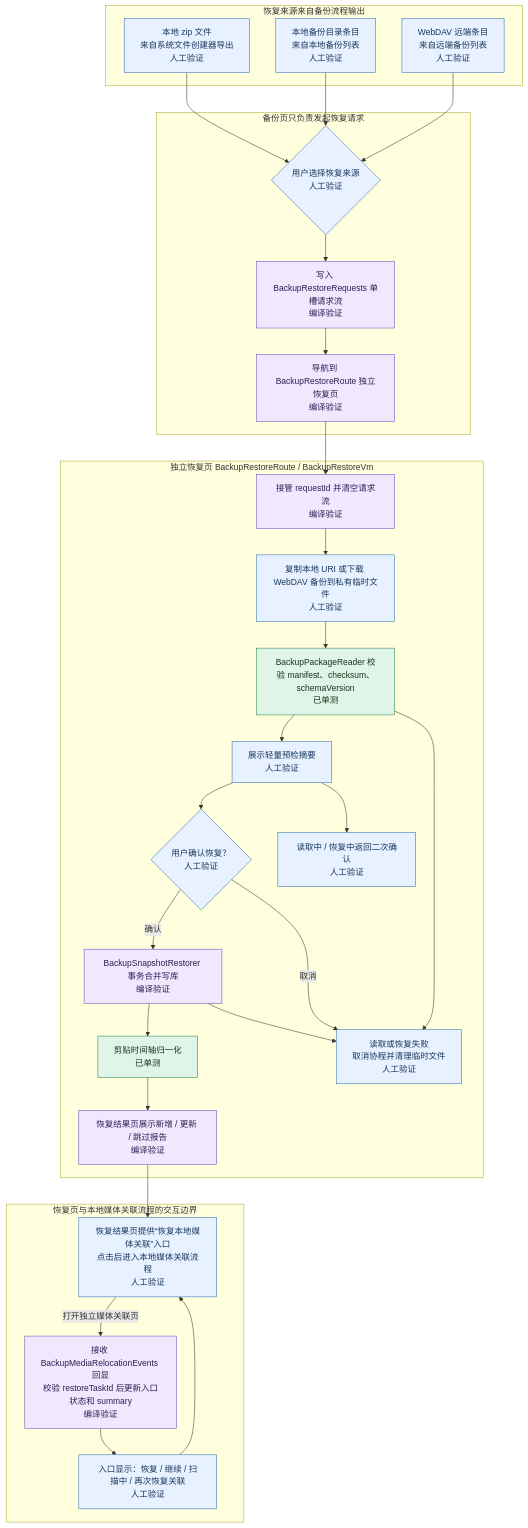
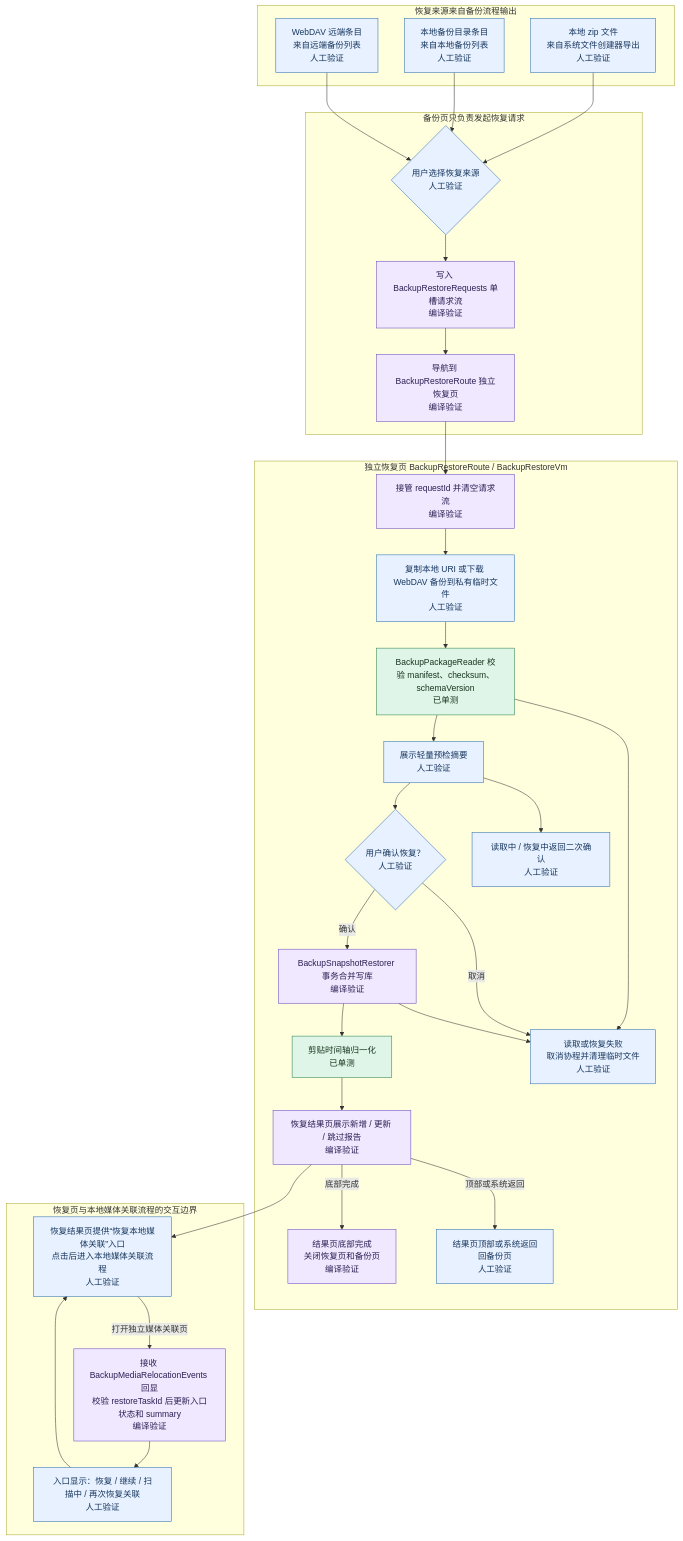
One commit to lwcla/ClipMaster changed the second of 3 diagrams in docs/webdav_backup_plan.md. Above: the diagram before and after it, drawn with Mermaid. The commit also changed other lines of this file and 9 other files, not shown here.

````diff
--- a/docs/webdav_backup_plan.md
+++ b/docs/webdav_backup_plan.md
@@ -138,61 +138,65 @@
 ```mermaid
 %% title: 恢复流程
 flowchart TD
   subgraph RestoreSources["恢复来源来自备份流程输出"]
     SourceFile["本地 zip 文件<br/>来自系统文件创建器导出<br/>人工验证"]:::manual
     SourceLocal["本地备份目录条目<br/>来自本地备份列表<br/>人工验证"]:::manual
     SourceRemote["WebDAV 远端条目<br/>来自远端备份列表<br/>人工验证"]:::manual
   end
 
   subgraph BackupPageRestore["备份页只负责发起恢复请求"]
     ChooseRestore{"用户选择恢复来源<br/>人工验证"}:::manual
     RestoreRequest["写入 BackupRestoreRequests 单槽请求流<br/>编译验证"]:::compile
     NavRestore["导航到 BackupRestoreRoute 独立恢复页<br/>编译验证"]:::compile
   end
 
   subgraph RestorePage["独立恢复页 BackupRestoreRoute / BackupRestoreVm"]
     ClaimRequest["接管 requestId 并清空请求流<br/>编译验证"]:::compile
     CopyTemp["复制本地 URI 或下载 WebDAV 备份到私有临时文件<br/>人工验证"]:::manual
     Preview["BackupPackageReader 校验 manifest、checksum、schemaVersion<br/>已单测"]:::unit
     PreviewUi["展示轻量预检摘要<br/>人工验证"]:::manual
     Confirm{"用户确认恢复？<br/>人工验证"}:::manual
     BackGuard["读取中 / 恢复中返回二次确认<br/>人工验证"]:::manual
     Restore["BackupSnapshotRestorer 事务合并写库<br/>编译验证"]:::compile
     TimeNorm["剪贴时间轴归一化<br/>已单测"]:::unit
     Report["恢复结果页展示新增 / 更新 / 跳过报告<br/>编译验证"]:::compile
+    ReportDone["结果页底部完成<br/>关闭恢复页和备份页<br/>编译验证"]:::compile
+    ReportBack["结果页顶部或系统返回<br/>回备份页<br/>人工验证"]:::manual
     RestoreFailure["读取或恢复失败<br/>取消协程并清理临时文件<br/>人工验证"]:::manual
   end
 
   subgraph MediaBoundary["恢复页与本地媒体关联流程的交互边界"]
     MediaEntry["恢复结果页提供“恢复本地媒体关联”入口<br/>点击后进入本地媒体关联流程<br/>人工验证"]:::manual
     MediaResult["接收 BackupMediaRelocationEvents 回显<br/>校验 restoreTaskId 后更新入口状态和 summary<br/>编译验证"]:::compile
     EntryState["入口显示：恢复 / 继续 / 扫描中 / 再次恢复关联<br/>人工验证"]:::manual
   end
 
   SourceFile --> ChooseRestore
   SourceLocal --> ChooseRestore
   SourceRemote --> ChooseRestore
   ChooseRestore --> RestoreRequest
   RestoreRequest --> NavRestore
   NavRestore --> ClaimRequest
   ClaimRequest --> CopyTemp
   CopyTemp --> Preview
   Preview --> PreviewUi
   Preview --> RestoreFailure
   PreviewUi --> Confirm
   PreviewUi --> BackGuard
   Confirm -->|"确认"| Restore
   Confirm -->|"取消"| RestoreFailure
   Restore --> TimeNorm
   TimeNorm --> Report
+  Report -->|"底部完成"| ReportDone
+  Report -->|"顶部或系统返回"| ReportBack
   Restore --> RestoreFailure
   Report --> MediaEntry
   MediaEntry -->|"打开独立媒体关联页"| MediaResult
   MediaResult --> EntryState
   EntryState --> MediaEntry
 
   classDef unit fill:#dff5e7,stroke:#26804b,color:#16351f;
   classDef todo fill:#fff1cc,stroke:#b7791f,color:#3d2a05;
   classDef manual fill:#e8f1ff,stroke:#2b6cb0,color:#17375e;
   classDef compile fill:#efe8ff,stroke:#6b46c1,color:#2d1f53;
 ```
````
